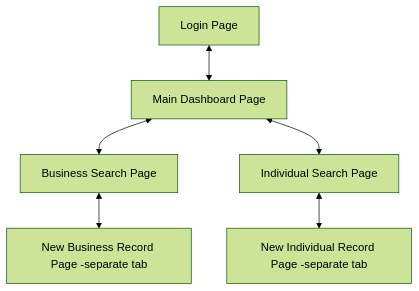
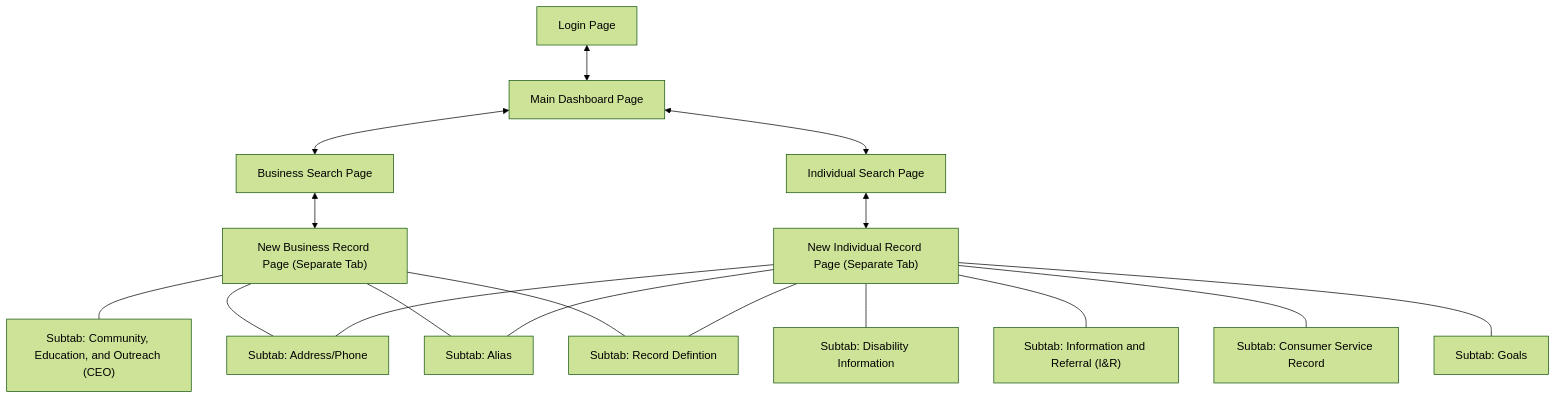
One commit to OptionsIRCIL/indigo changed the diagram in diagram/uiPageFlow.mmd. Above: the diagram before and after it, drawn with Mermaid (forest theme).

Commit message:
Add subtabs to uiPageFlow

```diff
--- a/diagram/uiPageFlow.mmd
+++ b/diagram/uiPageFlow.mmd
@@ -1,6 +1,29 @@
 flowchart TD
-    A[Login Page] <--> B[Main Dashboard Page]
-    B <--> C[Business Search Page]
-    B <--> D[Individual Search Page]
-    C <--> E[New Business Record Page -separate tab]
-    D <--> F[New Individual Record Page -separate tab]
+	Contact["Subtab: Address/Phone"]
+	Alias["Subtab: Alias"]
+	RecordDef["Subtab: Record Defintion"]
+	DisInfo["Subtab: Disability Information"]
+	IR["Subtab: Information and Referral (I&R)"]
+	Consumer["Subtab: Consumer Service Record"]
+	Goals["Subtab: Goals"]
+	CEO["Subtab: Community, Education, and Outreach (CEO)"]
+	
+    A["Login Page"] <--> B["Main Dashboard Page"]
+    B <--> C["Business Search Page"]
+    B <--> D["Individual Search Page"]
+    C <--> E["New Business Record Page (Separate Tab)"]
+    D <--> F["New Individual Record Page (Separate Tab)"]
+
+    E --- CEO
+    E --- Contact
+    E --- Alias
+    E --- RecordDef
+    F --- Contact
+    F --- Alias
+    F --- RecordDef
+    
+
+ 	F --- DisInfo
+	F --- IR
+	F --- Consumer
+	F --- Goals
```
